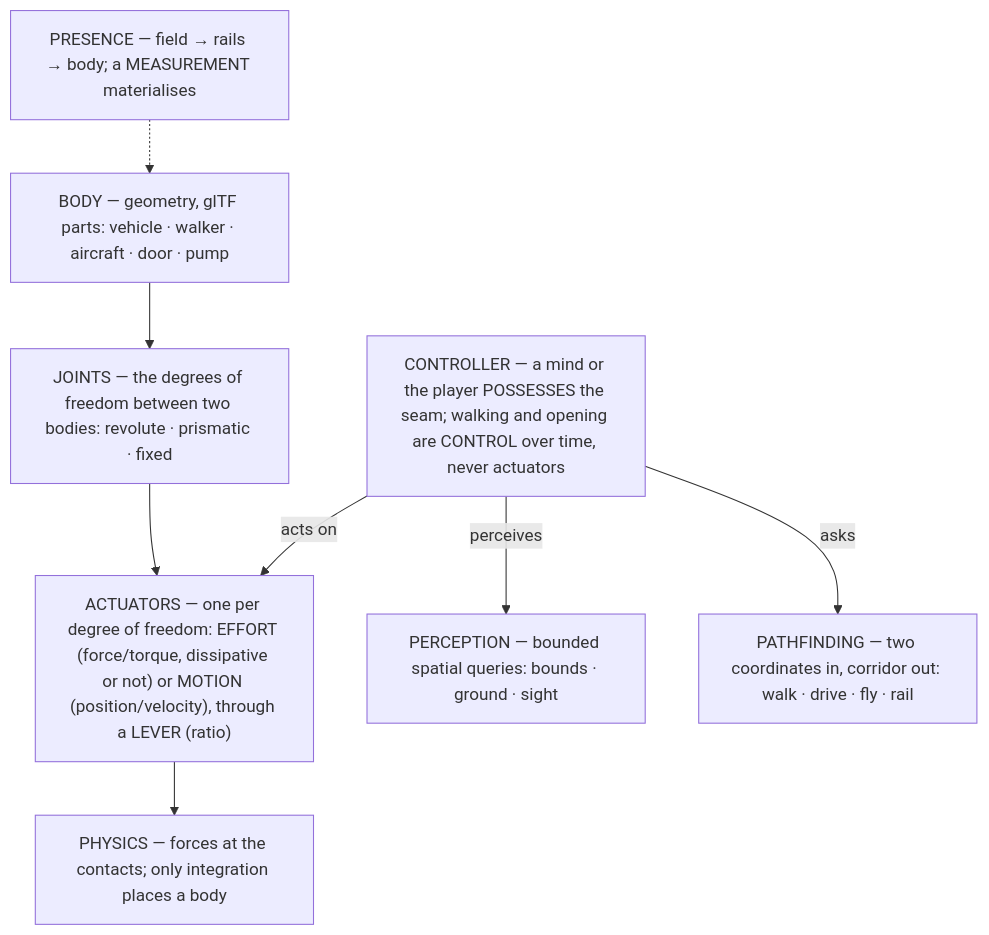
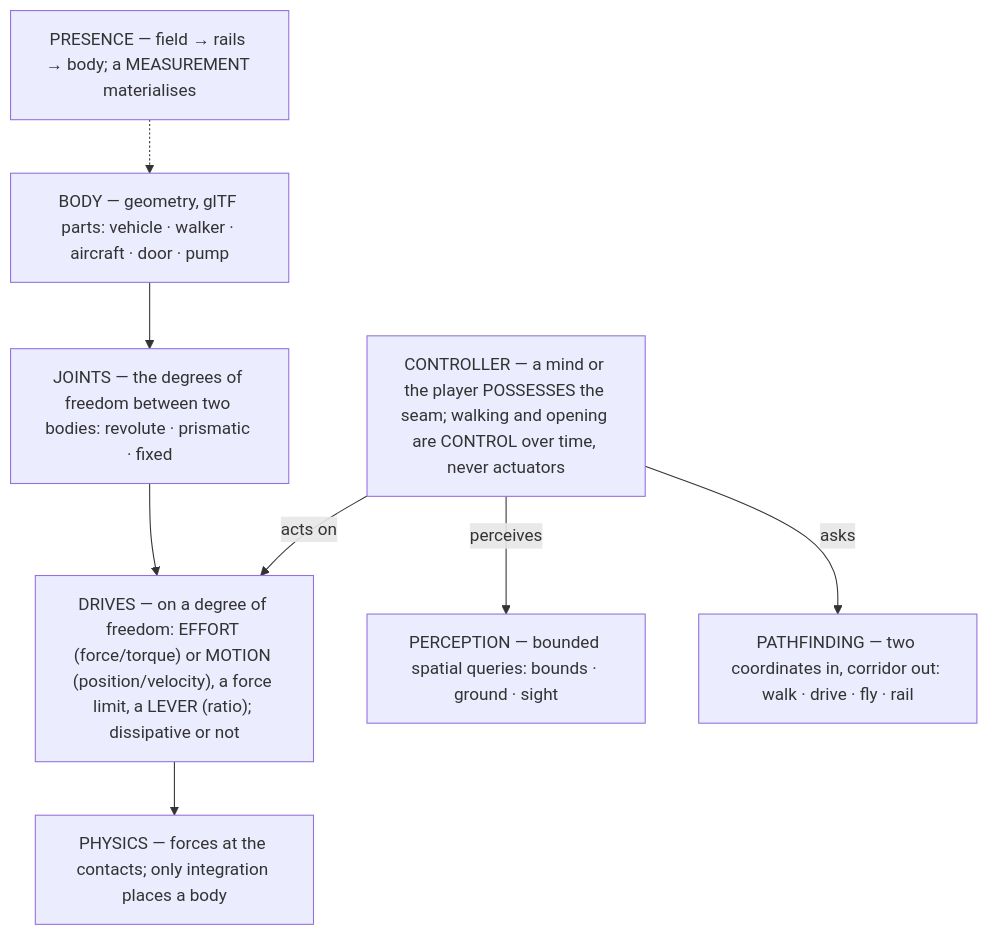
One commit to Weichwolf/outshine changed the third of 7 diagrams in CLAUDE.md. Above: the diagram before and after it, drawn with Mermaid. The commit also changed other lines of this file and 6 other files, not shown here.

````diff
--- a/CLAUDE.md
+++ b/CLAUDE.md
@@ -211,11 +253,11 @@
 ```mermaid
 flowchart TD
   B["BODY — geometry, glTF parts: vehicle · walker · aircraft · door · pump"]
   B --> J["JOINTS — the degrees of freedom between two bodies: revolute · prismatic · fixed"]
-  J --> A["ACTUATORS — one per degree of freedom: EFFORT (force/torque, dissipative or not) or MOTION (position/velocity), through a LEVER (ratio)"]
+  J --> A["DRIVES — on a degree of freedom: EFFORT (force/torque) or MOTION (position/velocity), a force limit, a LEVER (ratio); dissipative or not"]
   A --> P["PHYSICS — forces at the contacts; only integration places a body"]
   C["CONTROLLER — a mind or the player POSSESSES the seam; walking and opening are CONTROL over time, never actuators"] -->|acts on| A
   C -->|perceives| Q["PERCEPTION — bounded spatial queries: bounds · ground · sight"]
   C -->|asks| N["PATHFINDING — two coordinates in, corridor out: walk · drive · fly · rail"]
   PR["PRESENCE — field → rails → body; a MEASUREMENT materialises"] -.-> B
 ```
````
